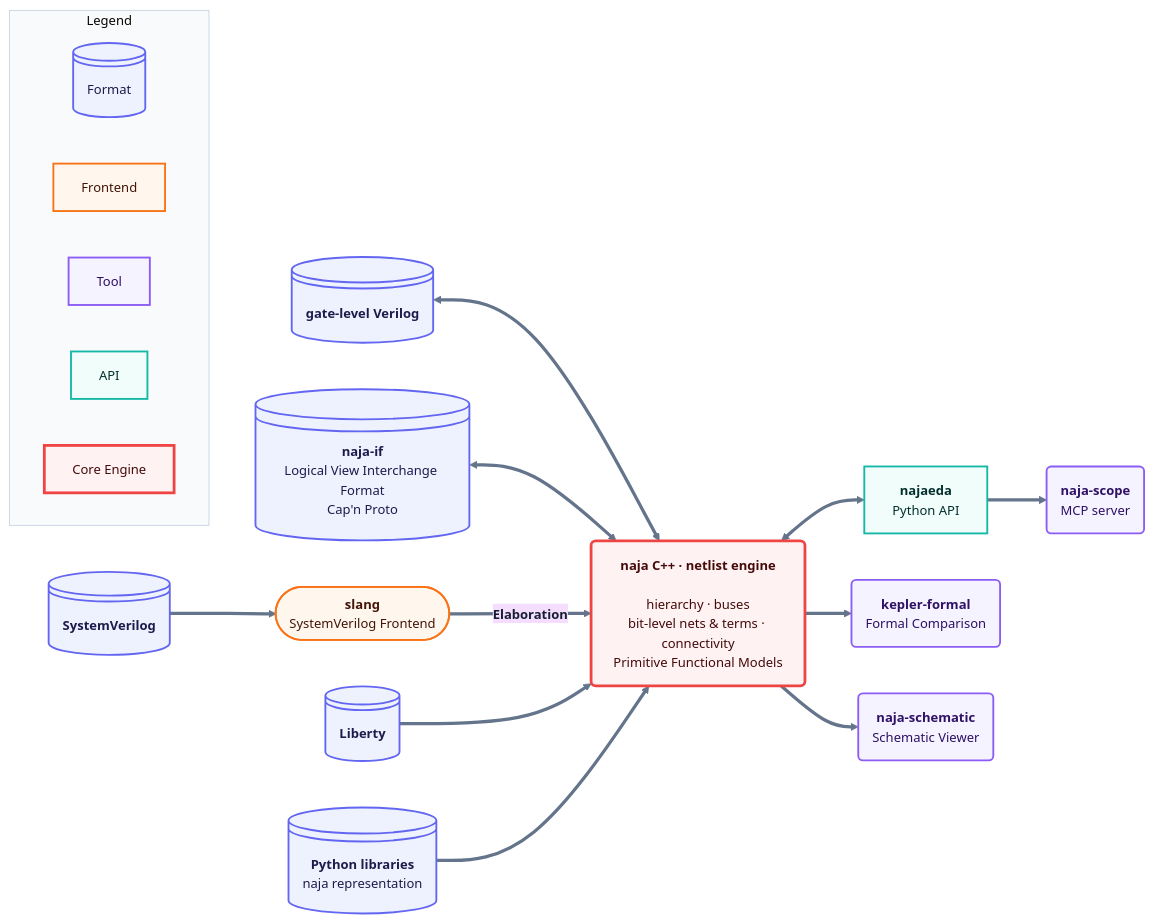
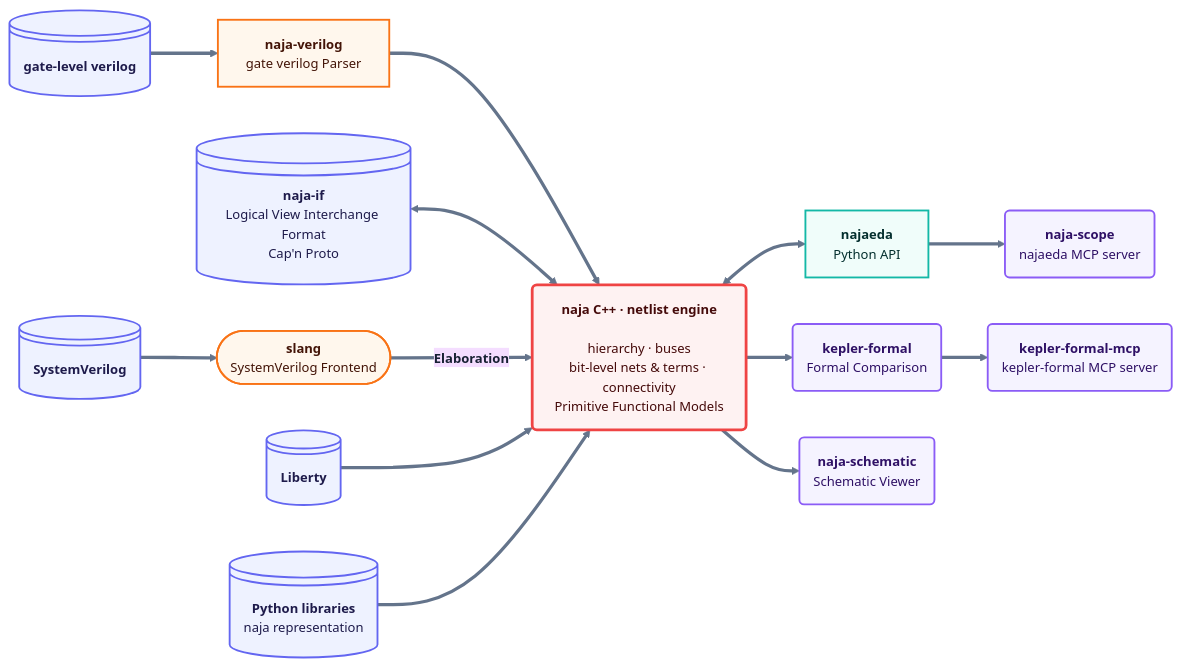
The diagram in README.md (najaeda/naja), drawn with Mermaid before and after one commit.

Commit message:
Refactor flowchart and update links in README
Updated flowchart connections and added new links.

````diff
--- a/README.md
+++ b/README.md
@@ -45,64 +45,61 @@
 ```mermaid
 ---
 config:
   layout: dagre
   theme: base
   themeVariables:
     fontFamily: ''
     fontSize: 14px
     primaryTextColor: '#172033'
     lineColor: '#64748b'
     clusterBkg: '#f8fafc'
     clusterBorder: '#cbd5e1'
 ---
 flowchart LR
     sv["`**SystemVerilog**`"] ==> slang(["`**slang**<br>SystemVerilog Frontend`"])
-    verilog["`**gate-level Verilog**`"] <==> naja["`**naja C++ · netlist engine**<br><br>hierarchy · buses<br>bit-level nets &amp; terms · connectivity<br>Primitive Functional Models`"]
+    verilog["`**gate-level verilog**`"] ==> naja-verilog["`**naja-verilog**<br>gate verilog Parser`"]
+    naja-verilog ==> naja["`**naja C++ · netlist engine**<br><br>hierarchy · buses<br>bit-level nets &amp; terms · connectivity<br>Primitive Functional Models`"]
     najaif@{ label: "**naja-if**<br>Logical View Interchange Format<br>Cap'n Proto" } <==> naja
     slang =="`**Elaboration**`"==> naja
     naja <==> najaeda["`**najaeda**<br>Python API`"]
     naja ==> kf("`**kepler-formal**<br>Formal Comparison`") & ns("`**naja-schematic**<br>Schematic Viewer`")
-    najaeda ==> scope("`**naja-scope**<br>MCP server`")
+    najaeda ==> scope("`**naja-scope**<br>najaeda MCP server`")
+    kf ==> kfm("`**kepler-formal-mcp**<br>kepler-formal MCP server`")
     lib["`**Liberty**`"] ==> naja
     pythonlibs["`**Python libraries**<br>naja representation`"] ==> naja
 
     sv@{ shape: disk}
     verilog@{ shape: disk}
     naja@{ shape: rounded}
     najaif@{ shape: disk}
     lib@{ shape: disk}
     pythonlibs@{ shape: disk}
      sv:::input
      slang:::frontend
+     naja-verilog:::frontend
      verilog:::input
      naja:::core
      najaif:::input
      najaeda:::api
      kf:::tool
+     kfm:::tool
      ns:::tool
      scope:::tool
      lib:::input
      pythonlibs:::input
     classDef input fill:#eef2ff,stroke:#6366f1,color:#1e1b4b,stroke-width:2px
     classDef frontend fill:#fff7ed,stroke:#f97316,color:#431407,stroke-width:2px
     classDef core fill:#fef2f2,stroke:#ef4444,color:#450a0a,stroke-width:3px
     classDef api fill:#f0fdfa,stroke:#14b8a6,color:#042f2e,stroke-width:2px
     classDef tool fill:#f5f3ff,stroke:#8b5cf6,color:#2e1065,stroke-width:2px
     click slang "https://github.com/MikePopoloski/slang"
+    click naja-verilog "https://github.com/najaeda/naja-verilog"
     click naja "https://github.com/najaeda/naja"
     click najaif "https://github.com/najaeda/naja-if"
     click najaeda "https://pypi.org/project/najaeda/"
     click kf "https://github.com/keplertech/kepler-formal"
+    click kfm "https://github.com/keplertech/kepler-formal-mcp"
     click ns "https://github.com/najaeda/naja-schematic"
     click scope "https://github.com/najaeda/naja-scope"
 
-    subgraph Legend
-        direction LR
-        L1[Format]:::input
-        L1@{ shape: disk}
-        L2[Frontend]:::frontend
-        L3[Tool]:::tool
-        L4[API]:::api
-        L5[Core Engine]:::core
-    end
 ```
````
